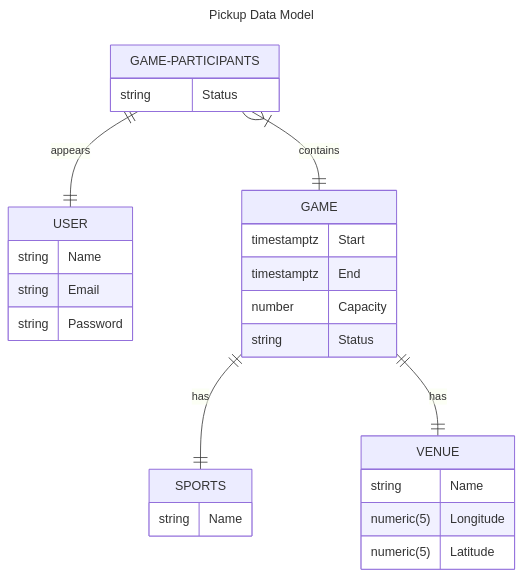
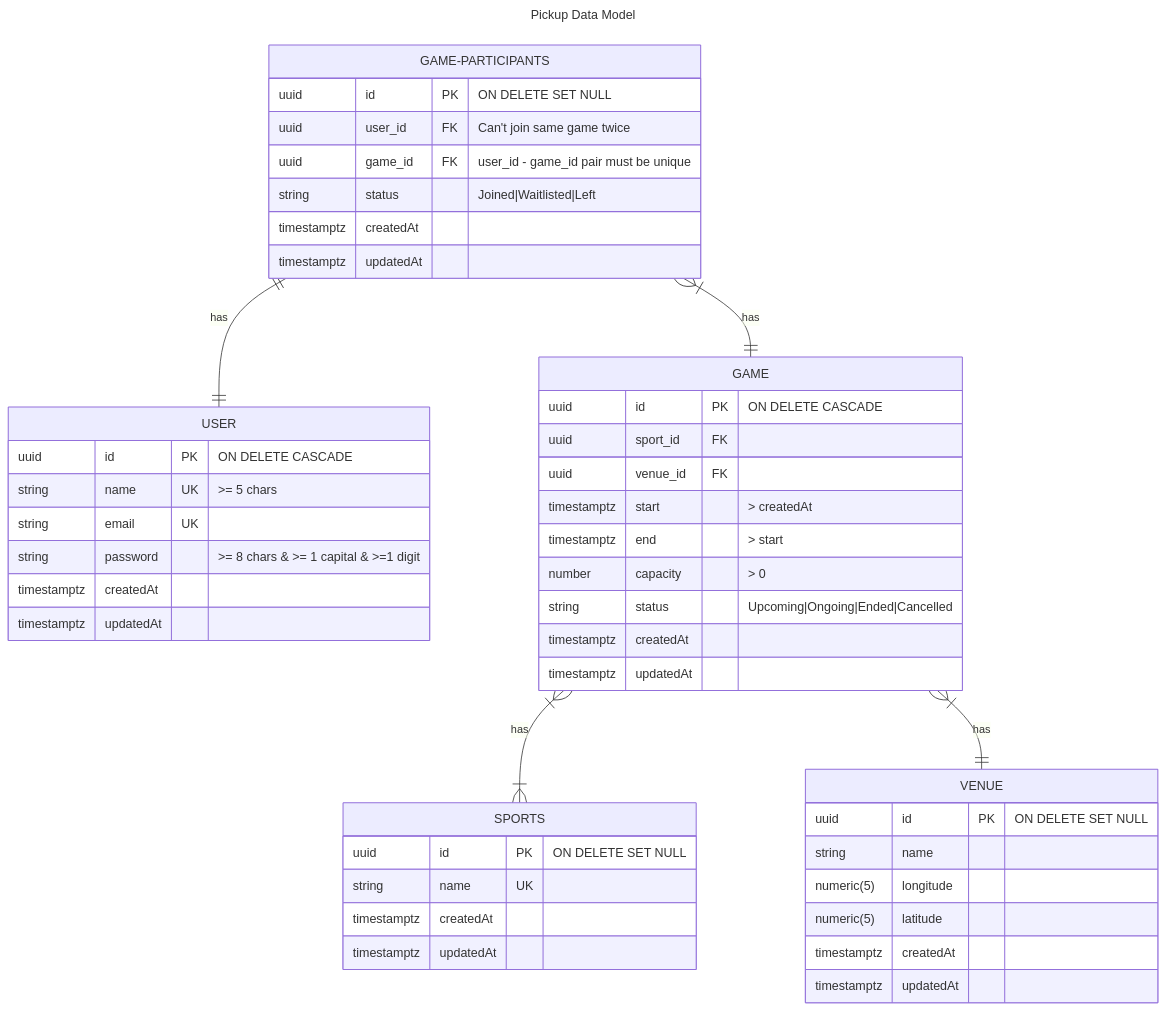
One commit to AkakiGoginava/React-Native---Next.js-Learning-Project changed the diagram in docs/data-model.md. Above: the diagram before and after it, drawn with Mermaid. The commit also changed other lines of this file, not shown here.

Commit message:
docs: adjust data model dos and add queries

````diff
--- a/docs/data-model.md
+++ b/docs/data-model.md
@@ -1,32 +1,51 @@
 ```mermaid
 ---
 title: Pickup Data Model
 ---
 erDiagram
-    GAME-PARTICIPANTS ||--|| USER : appears
-    GAME-PARTICIPANTS }|--|| GAME : contains
-    GAME ||--|| SPORTS : has
-    GAME ||--|| VENUE : has
+    GAME-PARTICIPANTS ||--|| USER : has
+    GAME-PARTICIPANTS }|--|| GAME : has
+    GAME }|--|{ SPORTS : has
+    GAME }|--|| VENUE : has
     USER {
-        string Name
-        string Email
-        string Password
+        uuid id PK "ON DELETE CASCADE"
+        string name UK ">= 5 chars"
+        string email UK
+        string password ">= 8 chars & >= 1 capital & >=1 digit"
+        timestamptz createdAt
+        timestamptz updatedAt
     }
     GAME-PARTICIPANTS {
-        string Status
+        uuid id PK "ON DELETE SET NULL"
+        uuid user_id FK "Can't join same game twice"
+        uuid game_id FK "user_id - game_id pair must be unique"
+        string status "Joined|Waitlisted|Left"
+        timestamptz createdAt
+        timestamptz updatedAt
     }
     SPORTS {
-        string Name
+        uuid id PK "ON DELETE SET NULL"
+        string name UK
+        timestamptz createdAt
+        timestamptz updatedAt
     }
     VENUE {
-        string Name
-        numeric(5) Longitude
-        numeric(5) Latitude
+        uuid id PK "ON DELETE SET NULL"
+        string name
+        numeric(5) longitude
+        numeric(5) latitude
+        timestamptz createdAt
+        timestamptz updatedAt
     }
     GAME {
-        timestamptz Start
-        timestamptz End
-        number Capacity
-        string Status
+        uuid id PK "ON DELETE CASCADE"
+        uuid sport_id FK
+        uuid venue_id FK
+        timestamptz start "> createdAt"
+        timestamptz end "> start"
+        number capacity "> 0"
+        string status "Upcoming|Ongoing|Ended|Cancelled"
+        timestamptz createdAt
+        timestamptz updatedAt
     }
 ```
````
